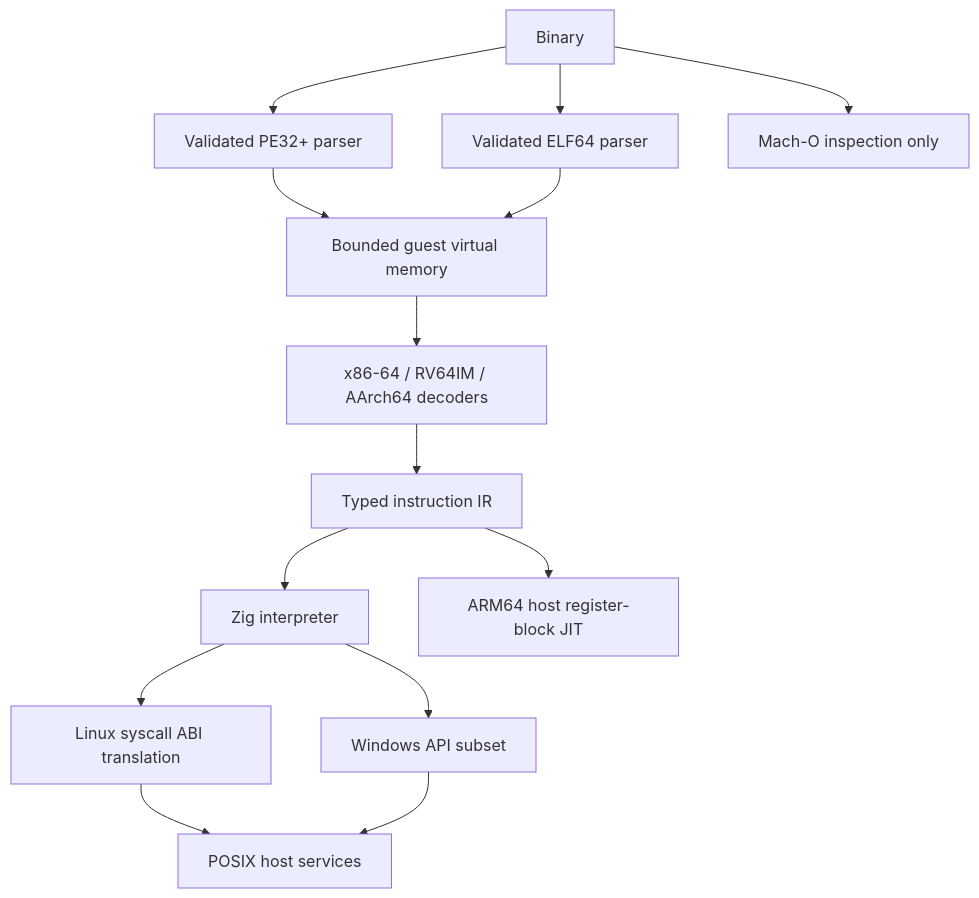
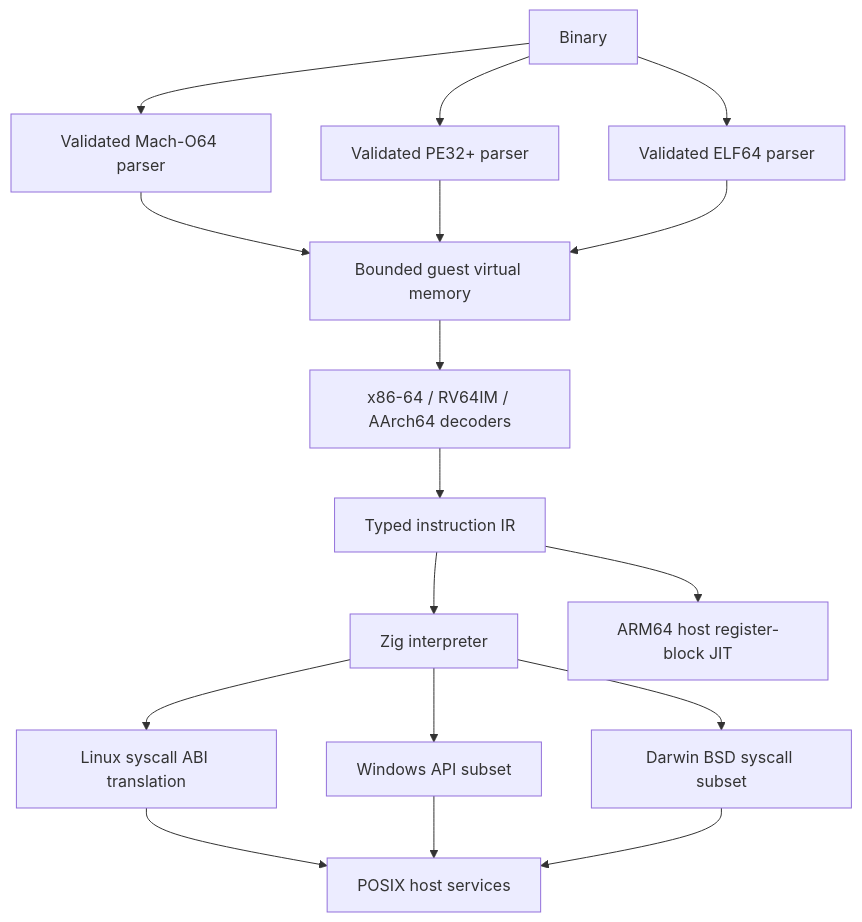
The diagram in docs/architecture.md (OthmaneBlial/universe), drawn with Mermaid before and after one commit. The commit also changed other lines of this file and 30 other files, not shown here.

Commit message:
Execute library-free Mach-O guests through the Darwin BSD ABI

````diff
--- a/docs/architecture.md
+++ b/docs/architecture.md
@@ -6,16 +6,19 @@
 ```mermaid
 flowchart TD
     Binary --> ELF[Validated ELF64 parser]
     Binary --> PE[Validated PE32+ parser]
-    Binary --> MachO[Mach-O inspection only]
+    Binary --> MachO[Validated Mach-O64 parser]
+    MachO --> Memory
     PE --> Memory
     ELF --> Memory[Bounded guest virtual memory]
     Memory --> Decode[x86-64 / RV64IM / AArch64 decoders]
     Decode --> UIR[Typed instruction IR]
     UIR --> Interpreter[Zig interpreter]
     UIR --> JIT[ARM64 host register-block JIT]
     Interpreter --> Linux[Linux syscall ABI translation]
     Linux --> Host[POSIX host services]
     Interpreter --> Windows[Windows API subset]
     Windows --> Host
+    Interpreter --> Darwin[Darwin BSD syscall subset]
+    Darwin --> Host
 ```
````
